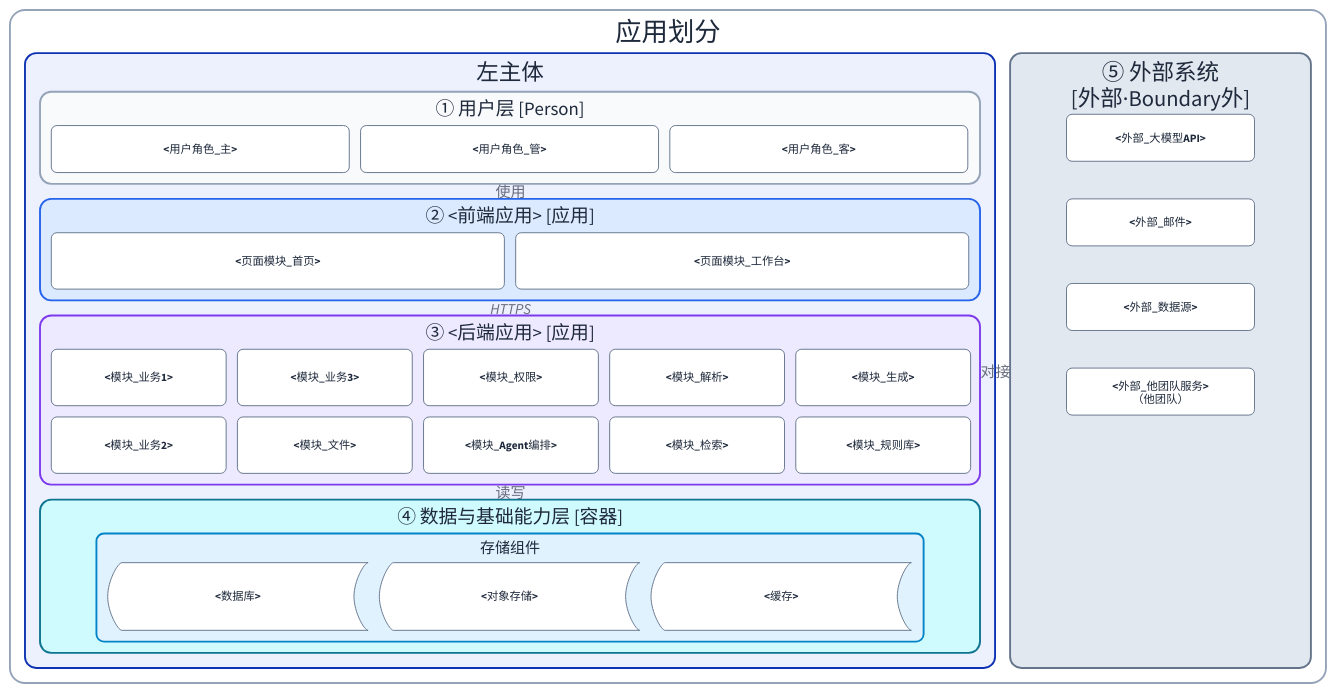
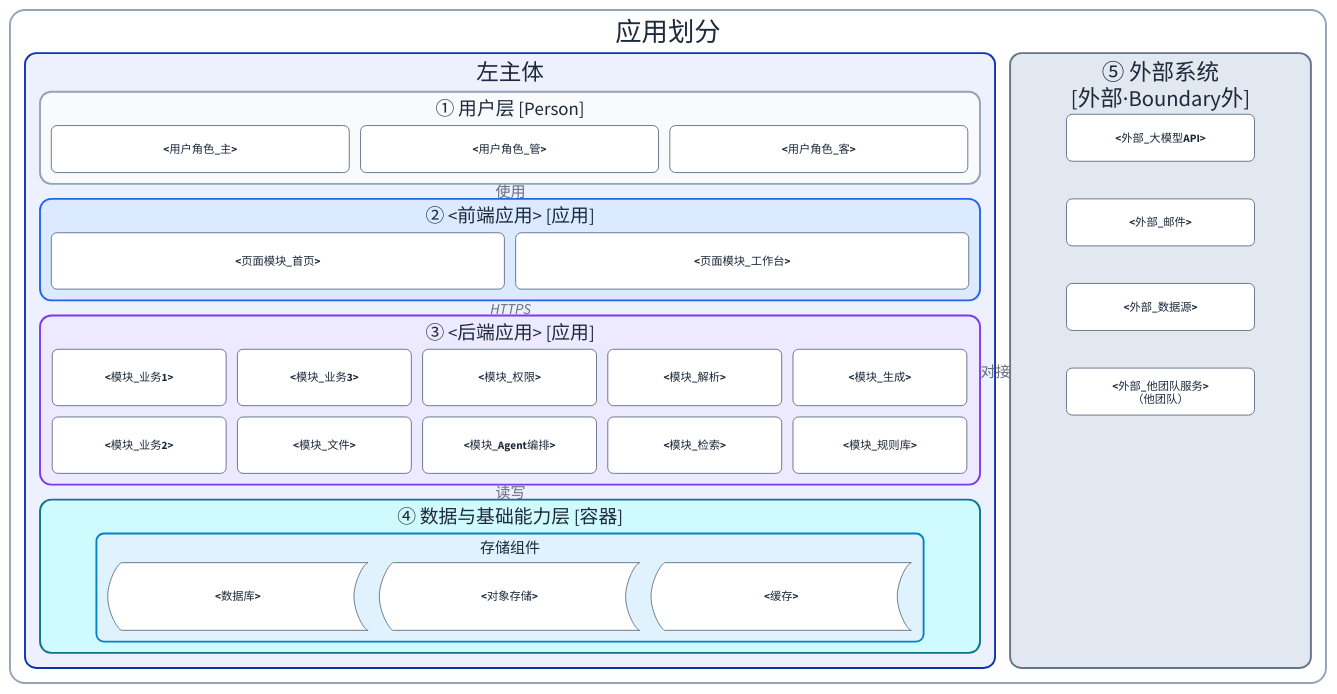
One commit to syllr/skills changed the second of 2 diagrams in skills/doc-arch-rules/references/templates/L2/APPLICATION-ARCHITECTURE.template.md. Above: the diagram before and after it, drawn with D2. The commit also changed other lines of this file and 29 other files, not shown here.

```diff
--- a/skills/doc-arch-rules/references/templates/L2/APPLICATION-ARCHITECTURE.template.md
+++ b/skills/doc-arch-rules/references/templates/L2/APPLICATION-ARCHITECTURE.template.md
@@ -100,6 +100,7 @@
 # 图名: 应用划分图（Application）
 # 视角: 应用架构（应用划分）
 # 图例: [应用]/[容器]/[外部]/[Person]
+# 尺寸规则（c4-container-diagram）：子容器 width = (父容器 width − 内边距 24 − gap×(n−1)) / n，按实际替换；单列（n=1）子容器例外——取既定值 880（不按公式取 976）
 
 vars: {
  d2-config: {
@@ -137,16 +138,16 @@
  后端层: {
  label: "③ <后端应用> [应用]"
  width: 1000; grid-columns: 5; grid-gap: 12; style.fill: "#ede9fe"; style.font-color: "#1e293b"; style.stroke: "#7c3aed"; style.border-radius: 12
- b1: { label: "<模块_业务1>"; width: 186; height: 60; class: mod }
- b2: { label: "<模块_业务2>"; width: 186; height: 60; class: mod }
- b3: { label: "<模块_业务3>"; width: 186; height: 60; class: mod }
- b4: { label: "<模块_文件>"; width: 186; height: 60; class: mod }
- b5: { label: "<模块_权限>"; width: 186; height: 60; class: mod }
- a1: { label: "<模块_Agent编排>"; width: 186; height: 60; class: mod }
- a2: { label: "<模块_解析>"; width: 186; height: 60; class: mod }
- a3: { label: "<模块_检索>"; width: 186; height: 60; class: mod }
- a4: { label: "<模块_生成>"; width: 186; height: 60; class: mod }
- a5: { label: "<模块_规则库>"; width: 186; height: 60; class: mod }
+ b1: { label: "<模块_业务1>"; width: 185; height: 60; class: mod }
+ b2: { label: "<模块_业务2>"; width: 185; height: 60; class: mod }
+ b3: { label: "<模块_业务3>"; width: 185; height: 60; class: mod }
+ b4: { label: "<模块_文件>"; width: 185; height: 60; class: mod }
+ b5: { label: "<模块_权限>"; width: 185; height: 60; class: mod }
+ a1: { label: "<模块_Agent编排>"; width: 185; height: 60; class: mod }
+ a2: { label: "<模块_解析>"; width: 185; height: 60; class: mod }
+ a3: { label: "<模块_检索>"; width: 185; height: 60; class: mod }
+ a4: { label: "<模块_生成>"; width: 185; height: 60; class: mod }
+ a5: { label: "<模块_规则库>"; width: 185; height: 60; class: mod }
  }
 
  数据层: {
```
